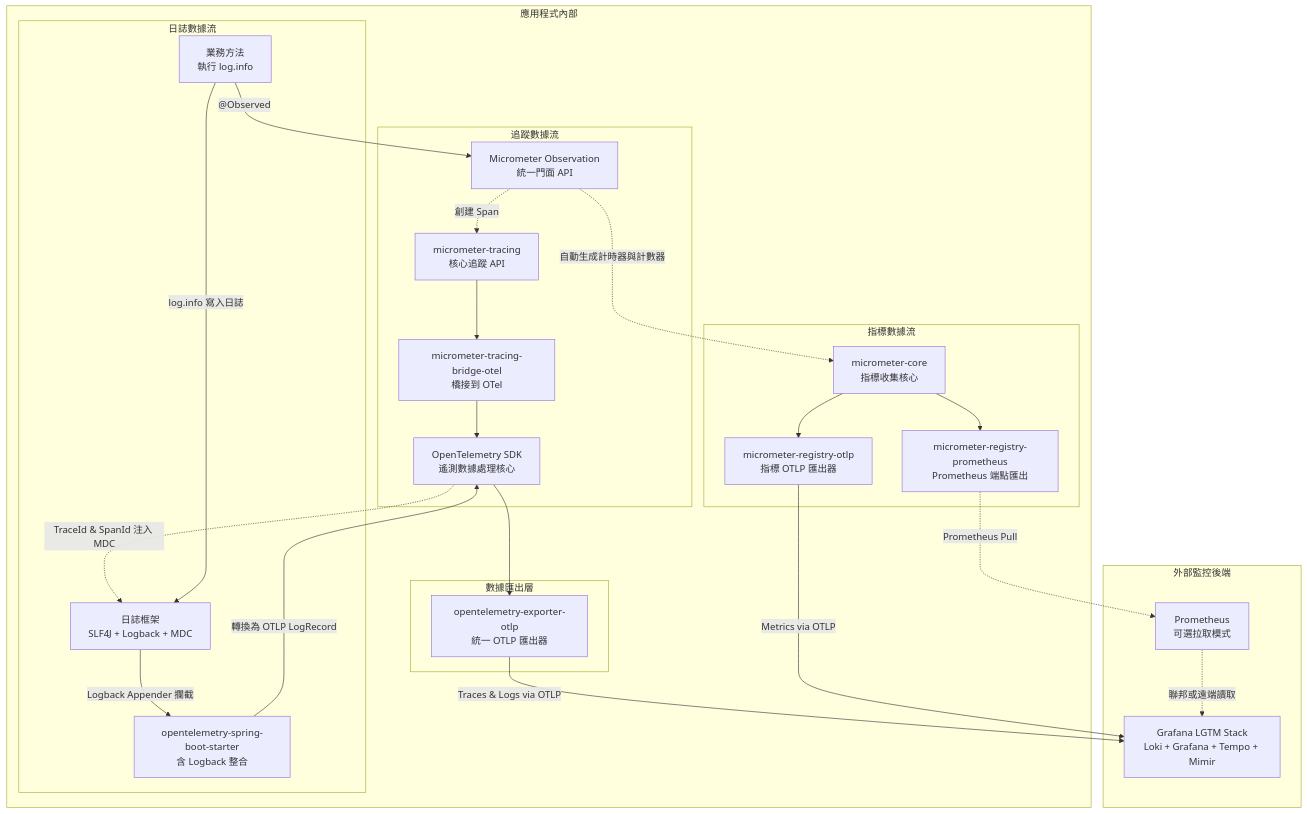
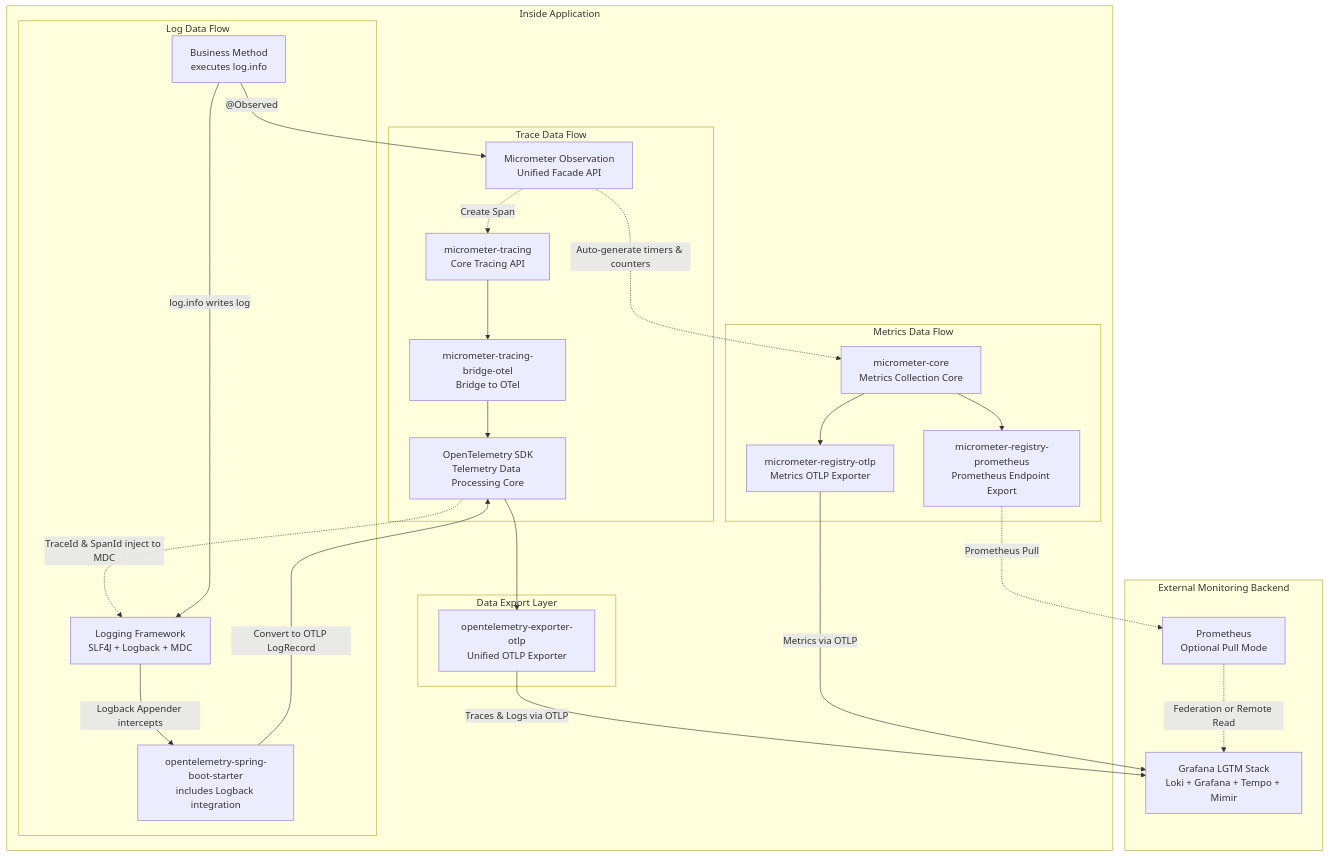
Before and after one commit to samzhu/demo-springboot-250613: the third of 4 diagrams in README.md, drawn with Mermaid. The commit also changed other lines of this file and 1 other file, not shown here.

````diff
--- a/README.md
+++ b/README.md
@@ -1254,39 +1253,39 @@
 ```mermaid
 graph TD
-    subgraph APP["應用程式內部"]
-        A["業務方法<br/>執行 log.info"] -->|"@Observed"| B["Micrometer Observation<br/>統一門面 API"]
+    subgraph APP["Inside Application"]
+        A["Business Method<br/>executes log.info"] -->|"@Observed"| B["Micrometer Observation<br/>Unified Facade API"]
 
-        subgraph TRACES["追蹤數據流"]
-            B -.->|"創建 Span"| C_T["micrometer-tracing<br/>核心追蹤 API"]
-            C_T --> D_T["micrometer-tracing-bridge-otel<br/>橋接到 OTel"]
-            D_T --> F_T["OpenTelemetry SDK<br/>遙測數據處理核心"]
+        subgraph TRACES["Trace Data Flow"]
+            B -.->|"Create Span"| C_T["micrometer-tracing<br/>Core Tracing API"]
+            C_T --> D_T["micrometer-tracing-bridge-otel<br/>Bridge to OTel"]
+            D_T --> F_T["OpenTelemetry SDK<br/>Telemetry Data Processing Core"]
         end
 
-        subgraph LOGS["日誌數據流"]
-            F_T -.->|"TraceId & SpanId 注入 MDC"| H_L["日誌框架<br/>SLF4J + Logback + MDC"]
-            A -->|"log.info 寫入日誌"| H_L
-            H_L -->|"Logback Appender 攔截"| I_L["opentelemetry-spring-boot-starter<br/>含 Logback 整合"]
-            I_L -->|"轉換為 OTLP LogRecord"| F_T
+        subgraph LOGS["Log Data Flow"]
+            F_T -.->|"TraceId & SpanId inject to MDC"| H_L["Logging Framework<br/>SLF4J + Logback + MDC"]
+            A -->|"log.info writes log"| H_L
+            H_L -->|"Logback Appender intercepts"| I_L["opentelemetry-spring-boot-starter<br/>includes Logback integration"]
+            I_L -->|"Convert to OTLP LogRecord"| F_T
         end
 
-        subgraph METRICS["指標數據流"]
-            B -.->|"自動生成計時器與計數器"| C_M["micrometer-core<br/>指標收集核心"]
-            C_M --> D_M1["micrometer-registry-otlp<br/>指標 OTLP 匯出器"]
-            C_M --> D_M2["micrometer-registry-prometheus<br/>Prometheus 端點匯出"]
+        subgraph METRICS["Metrics Data Flow"]
+            B -.->|"Auto-generate timers & counters"| C_M["micrometer-core<br/>Metrics Collection Core"]
+            C_M --> D_M1["micrometer-registry-otlp<br/>Metrics OTLP Exporter"]
+            C_M --> D_M2["micrometer-registry-prometheus<br/>Prometheus Endpoint Export"]
         end
 
-        subgraph EXPORT["數據匯出層"]
-            F_T --> G_T["opentelemetry-exporter-otlp<br/>統一 OTLP 匯出器"]
+        subgraph EXPORT["Data Export Layer"]
+            F_T --> G_T["opentelemetry-exporter-otlp<br/>Unified OTLP Exporter"]
         end
     end
 
-    subgraph BACKEND["外部監控後端"]
+    subgraph BACKEND["External Monitoring Backend"]
         L["Grafana LGTM Stack<br/>Loki + Grafana + Tempo + Mimir"]
-        P["Prometheus<br/>可選拉取模式"]
+        P["Prometheus<br/>Optional Pull Mode"]
     end
 
     G_T -->|"Traces & Logs via OTLP"| L
     D_M1 -->|"Metrics via OTLP"| L
     D_M2 -.->|"Prometheus Pull"| P
-    P -.->|"聯邦或遠端讀取"| L
+    P -.->|"Federation or Remote Read"| L
 ```
````
